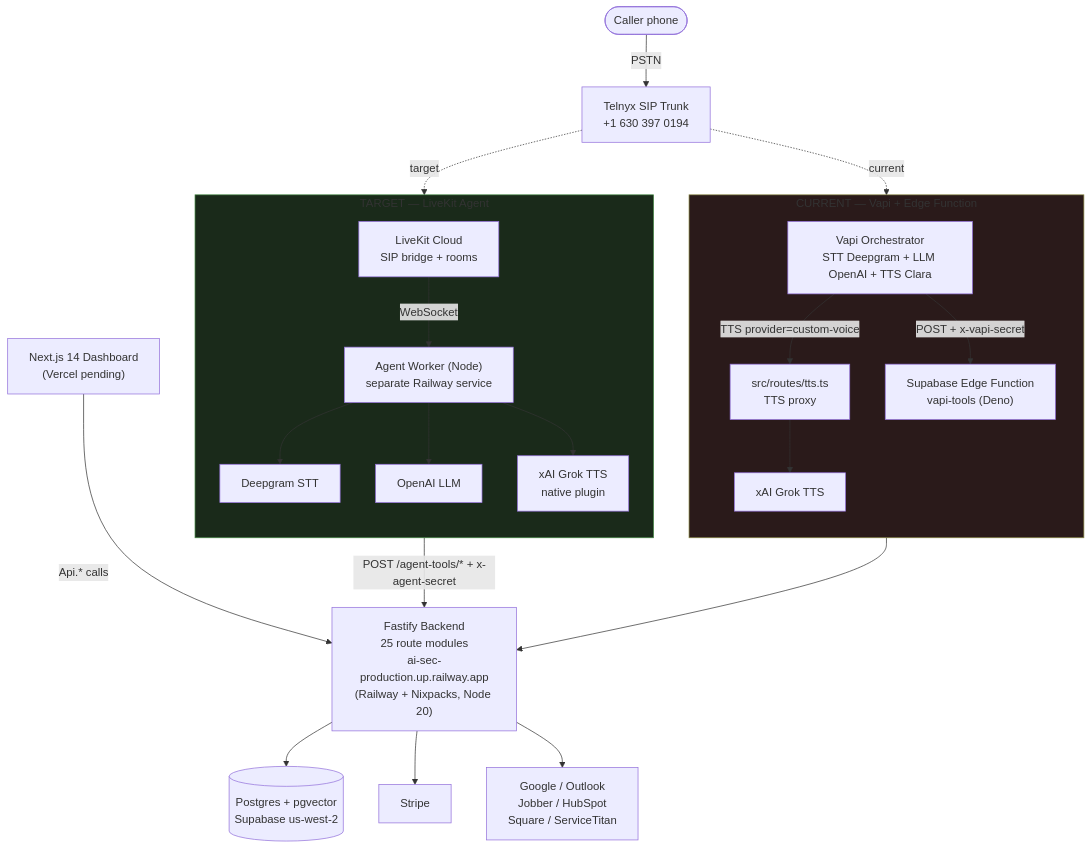
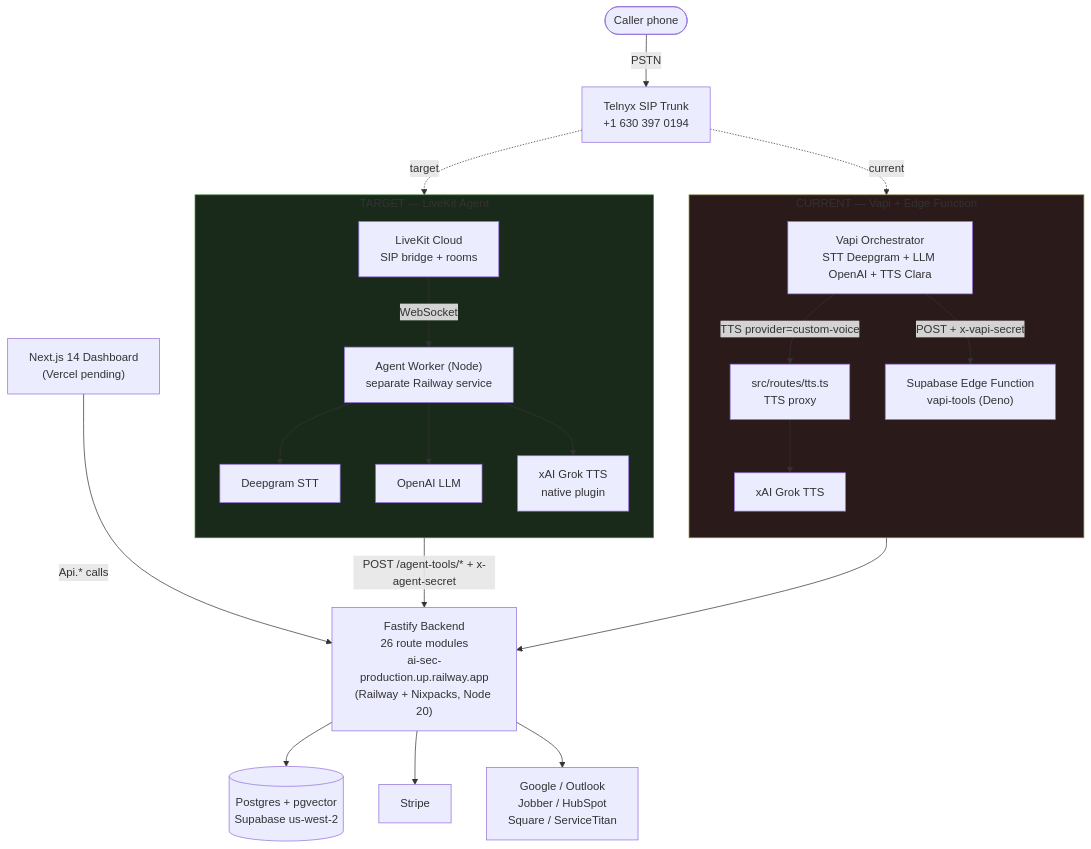
The diagram in docs/diagrams/01-deployment-topology.mmd (ddemott/ai-sec), drawn with Mermaid before and after one commit. The commit also changed 7 other files, not shown here.

```diff
--- a/docs/diagrams/01-deployment-topology.mmd
+++ b/docs/diagrams/01-deployment-topology.mmd
@@ -1,49 +1,49 @@
 flowchart TB
   Caller([Caller phone])
   Telnyx["Telnyx SIP Trunk<br/>+1 630 397 0194"]
   Caller -->|PSTN| Telnyx
 
   subgraph curr["CURRENT — Vapi + Edge Function"]
     direction TB
     Vapi["Vapi Orchestrator<br/>STT Deepgram + LLM OpenAI + TTS Clara"]
     TTSProxy["src/routes/tts.ts<br/>TTS proxy"]
     XAI["xAI Grok TTS"]
     EdgeFn["Supabase Edge Function<br/>vapi-tools (Deno)"]
     Vapi -->|TTS provider=custom-voice| TTSProxy
     TTSProxy --> XAI
     Vapi -->|POST + x-vapi-secret| EdgeFn
   end
 
   subgraph tgt["TARGET — LiveKit Agent"]
     direction TB
     LiveKit["LiveKit Cloud<br/>SIP bridge + rooms"]
     Agent["Agent Worker (Node)<br/>separate Railway service"]
     DG["Deepgram STT"]
     OAI["OpenAI LLM"]
     XAINative["xAI Grok TTS<br/>native plugin"]
     LiveKit -->|WebSocket| Agent
     Agent --> DG
     Agent --> OAI
     Agent --> XAINative
   end
 
   Telnyx -.current.-> Vapi
   Telnyx -.target.-> LiveKit
 
-  Fastify["Fastify Backend<br/>25 route modules<br/>ai-sec-production.up.railway.app<br/>(Railway + Nixpacks, Node 20)"]
+  Fastify["Fastify Backend<br/>26 route modules<br/>ai-sec-production.up.railway.app<br/>(Railway + Nixpacks, Node 20)"]
 
   EdgeFn --> Fastify
   Agent -->|POST /agent-tools/* + x-agent-secret| Fastify
 
   Postgres[("Postgres + pgvector<br/>Supabase us-west-2")]
   Stripe["Stripe"]
   Integrations["Google / Outlook<br/>Jobber / HubSpot<br/>Square / ServiceTitan"]
   Dashboard["Next.js 14 Dashboard<br/>(Vercel pending)"]
 
   Fastify --> Postgres
   Fastify --> Stripe
   Fastify --> Integrations
   Dashboard -->|Api.* calls| Fastify
 
   style curr fill:#2a1a1a,stroke:#884
   style tgt fill:#1a2a1a,stroke:#484
```
